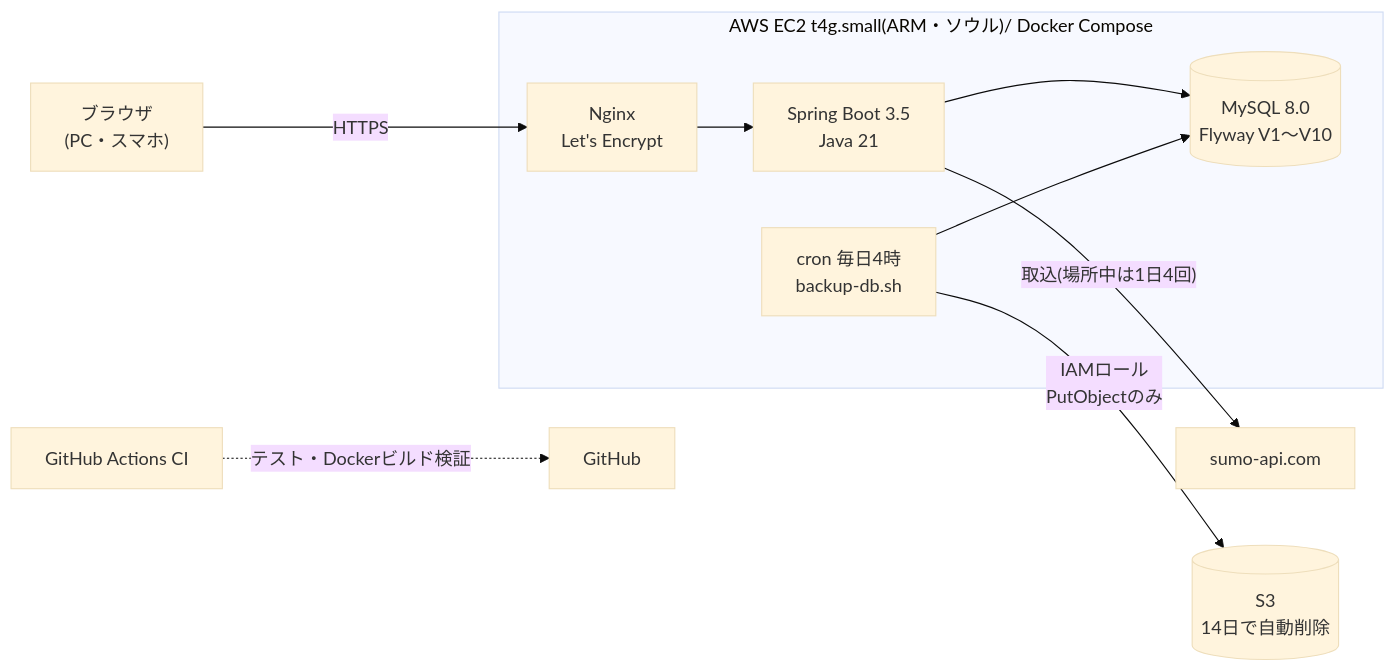
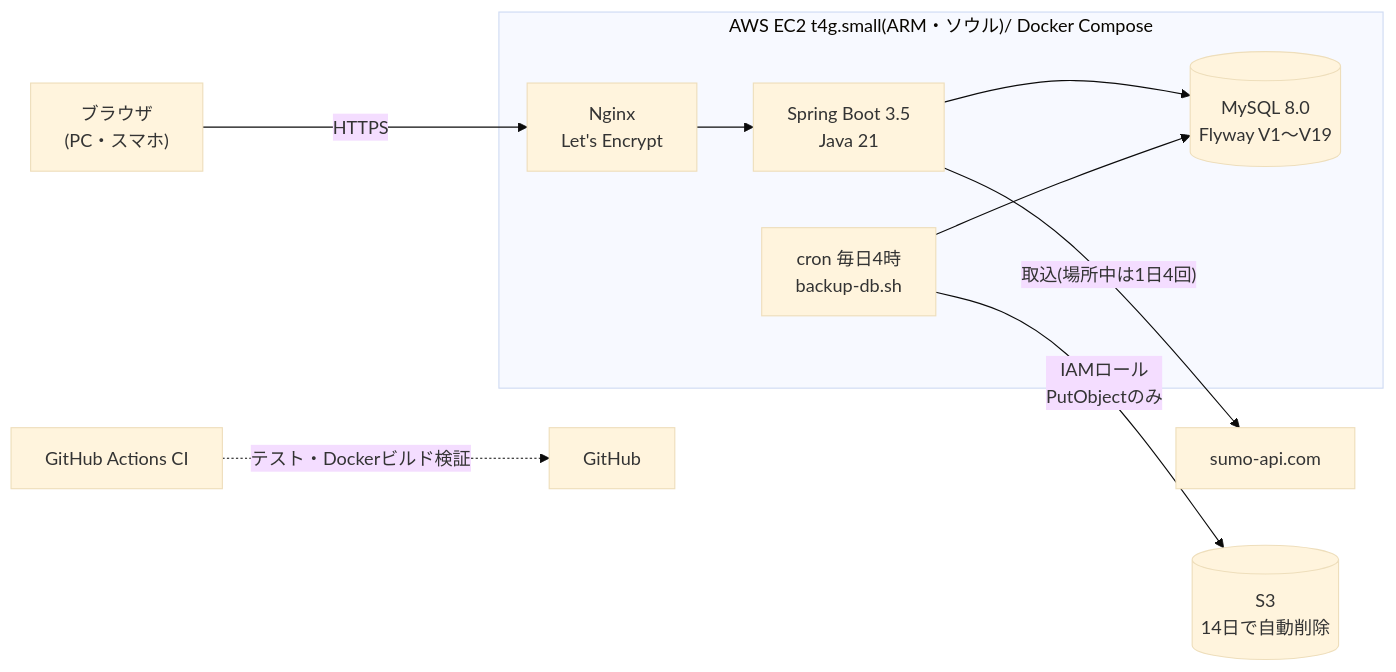
One commit to genuinekumquat/sumoarchive changed the diagram in README.ja.md. Above: the diagram before and after it, drawn with Mermaid (base theme). The commit also changed other lines of this file and 1 other file, not shown here.

Commit message:
docs: README 테스트 수 125 → 151, 아키텍처 그림 Flyway V1~V19

````diff
--- a/README.ja.md
+++ b/README.ja.md
@@ -74,12 +74,12 @@
 ```mermaid
 flowchart LR
     U["ブラウザ<br/>(PC・スマホ)"] -- "HTTPS" --> N
     subgraph EC2["AWS EC2 t4g.small(ARM・ソウル)/ Docker Compose"]
         N["Nginx<br/>Let's Encrypt"] --> A["Spring Boot 3.5<br/>Java 21"]
-        A --> D[("MySQL 8.0<br/>Flyway V1〜V10")]
+        A --> D[("MySQL 8.0<br/>Flyway V1〜V19")]
         B["cron 毎日4時<br/>backup-db.sh"] --> D
     end
     A -- "取込(場所中は1日4回)" --> S["sumo-api.com"]
     B -- "IAMロール<br/>PutObjectのみ" --> S3[("S3<br/>14日で自動削除")]
     G["GitHub Actions CI"] -. "テスト・Dockerビルド検証" .-> R["GitHub"]
 ```
````
